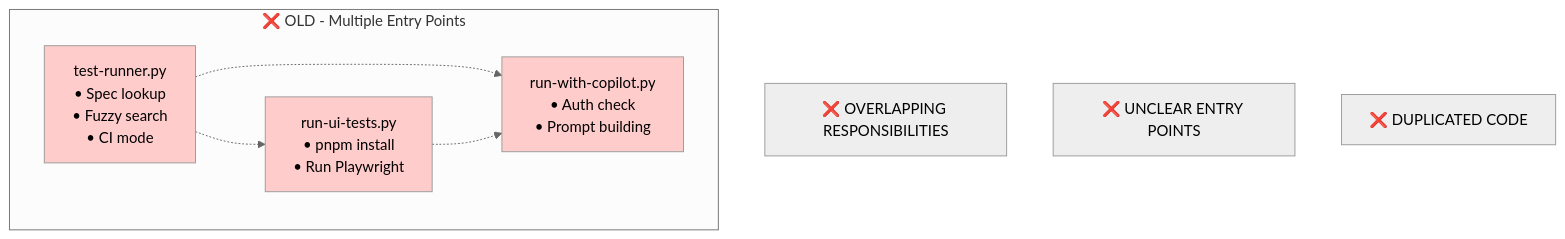
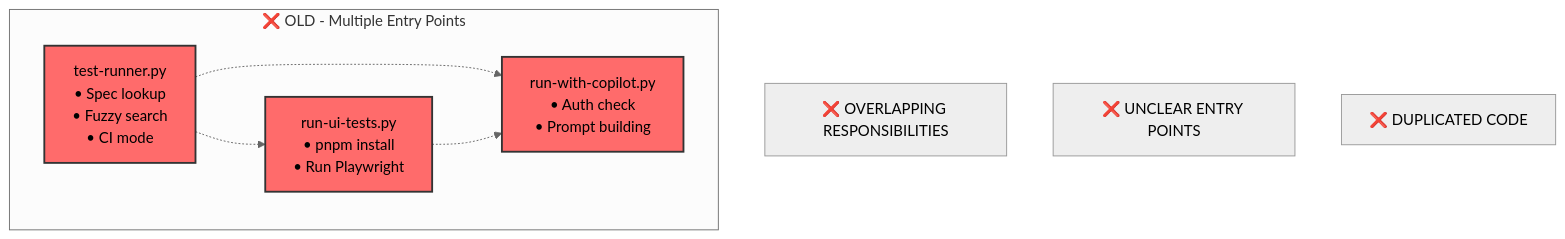
Before and after one commit to crawlab-team/crawlab-test: the first of 2 diagrams in docs/TEST_RUNNER_ARCHITECTURE.md, drawn with Mermaid (neutral theme). The commit also changed other lines of this file, not shown here.

First line of the commit message:
docs: improve diagram contrast and readability

````diff
--- a/docs/TEST_RUNNER_ARCHITECTURE.md
+++ b/docs/TEST_RUNNER_ARCHITECTURE.md
@@ -5,20 +5,20 @@
 ```mermaid
 graph TB
     subgraph "❌ OLD - Multiple Entry Points"
         TR[test-runner.py<br/>• Spec lookup<br/>• Fuzzy search<br/>• CI mode]
         UI[run-ui-tests.py<br/>• pnpm install<br/>• Run Playwright]
         COP[run-with-copilot.py<br/>• Auth check<br/>• Prompt building]
     end
     
     TR -.-> UI
     TR -.-> COP
     UI -.-> COP
     
-    style TR fill:#ffcccc
-    style UI fill:#ffcccc
-    style COP fill:#ffcccc
+    style TR fill:#ff6b6b,stroke:#333,stroke-width:2px,color:#000
+    style UI fill:#ff6b6b,stroke:#333,stroke-width:2px,color:#000
+    style COP fill:#ff6b6b,stroke:#333,stroke-width:2px,color:#000
     
     note1[❌ OVERLAPPING RESPONSIBILITIES]
     note2[❌ UNCLEAR ENTRY POINTS]
     note3[❌ DUPLICATED CODE]
 ```
````
